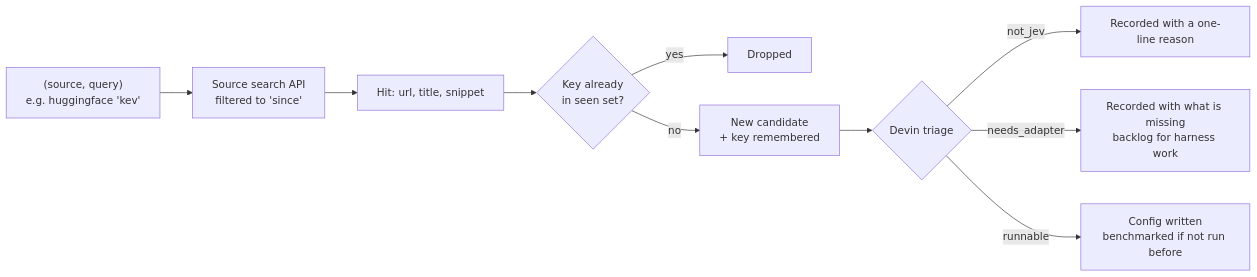
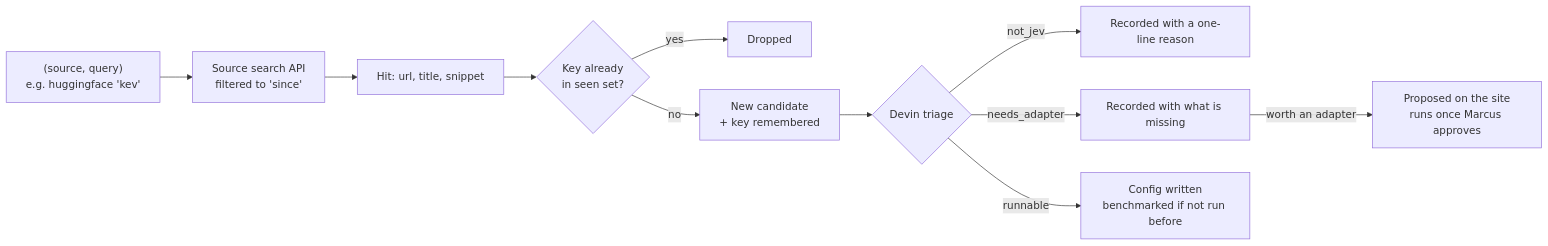
Before and after one commit to marcus-rox/jev-tracker: the third of 3 diagrams in README.md, drawn with Mermaid. The commit also changed other lines of this file and 7 other files, not shown here.

Commit message:
budget 3 -> 10, approval flow + Slack source in README/runbook/DAILY_RUN; 14 proposals from 2026-10-02 triage

````diff
--- a/README.md
+++ b/README.md
@@ -109,12 +114,13 @@
 ```mermaid
 flowchart LR
   Q["(source, query)<br/>e.g. huggingface 'kev'"] --> API[Source search API<br/>filtered to 'since']
   API --> HIT[Hit: url, title, snippet]
   HIT --> K{Key already<br/>in seen set?}
   K -- yes --> DROP[Dropped]
   K -- no --> NEW[New candidate<br/>+ key remembered]
   NEW --> V{Devin triage}
   V -- not_jev --> X1[Recorded with a one-line reason]
-  V -- needs_adapter --> X2[Recorded with what is missing<br/>backlog for harness work]
+  V -- needs_adapter --> X2[Recorded with what is missing]
+  X2 -- worth an adapter --> X4[Proposed on the site<br/>runs once Marcus approves]
   V -- runnable --> X3[Config written<br/>benchmarked if not run before]
 ```
````
